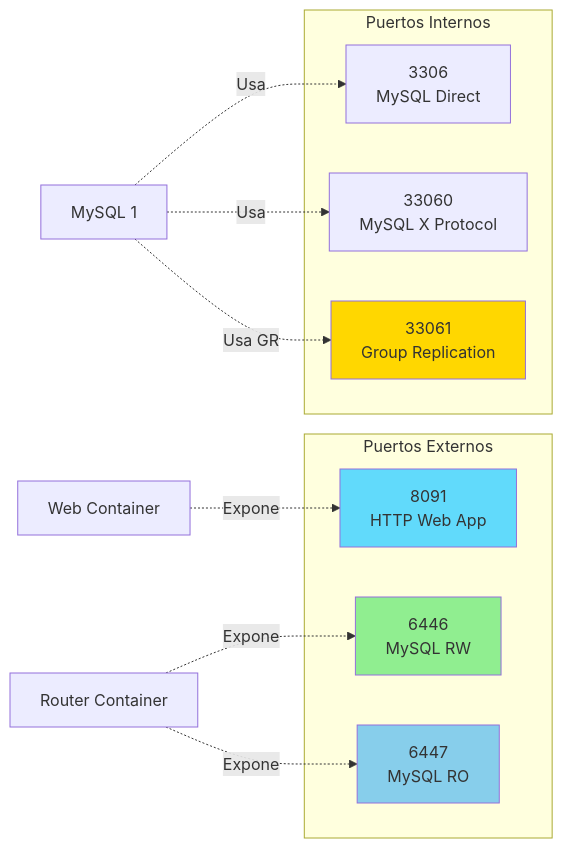
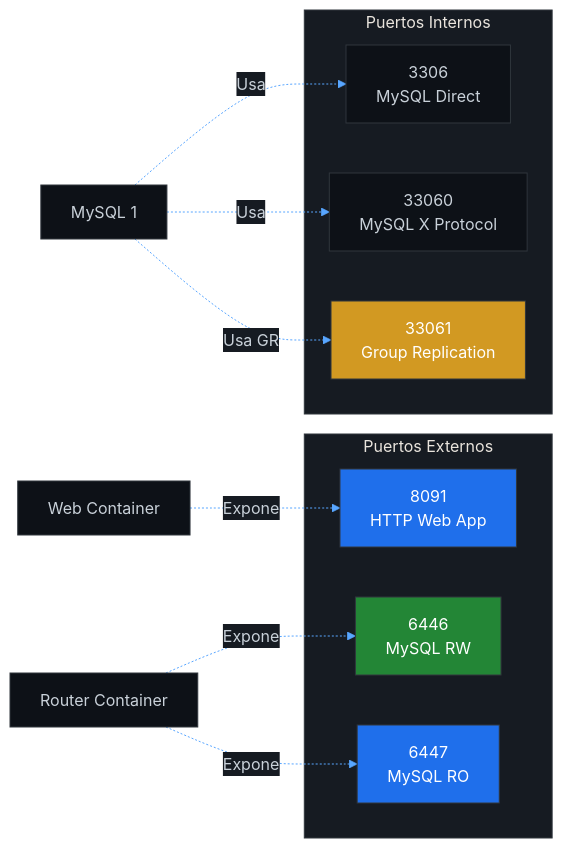
Diagram 13 of 13 in docs/ARQUITECTURA.md (JoaquinLoaizaUCSM/sistema-gestion-sobretiempos-ha), drawn with Mermaid before and after one commit. The commit also changed other lines of this file and 2 other files, not shown here.

Commit message:
Docs: Update diagrams for dark mode and refresh README

````diff
--- a/docs/ARQUITECTURA.md
+++ b/docs/ARQUITECTURA.md
@@ -565,27 +577,28 @@
 ```mermaid
+%%{init: {'theme': 'base', 'themeVariables': { 'primaryColor': '#0d1117', 'primaryTextColor': '#c9d1d9', 'primaryBorderColor': '#30363d', 'lineColor': '#58a6ff', 'secondaryColor': '#161b22', 'tertiaryColor': '#161b22', 'mainBkg': '#0d1117', 'nodeBorder': '#30363d', 'clusterBkg': '#161b22', 'clusterBorder': '#30363d', 'defaultLinkColor': '#58a6ff', 'fontFamily': 'arial', 'fontSize': '16px'}}}%%
 graph LR
     subgraph "Puertos Externos"
         P8091[8091<br/>HTTP Web App]
         P6446[6446<br/>MySQL RW]
         P6447[6447<br/>MySQL RO]
     end
     
     subgraph "Puertos Internos"
         P3306[3306<br/>MySQL Direct]
         P33060[33060<br/>MySQL X Protocol]
         P33061[33061<br/>Group Replication]
     end
     
     WEB[Web Container] -.->|Expone| P8091
     ROUTER[Router Container] -.->|Expone| P6446
     ROUTER -.->|Expone| P6447
     
     M1[MySQL 1] -.->|Usa| P3306
     M1 -.->|Usa| P33060
     M1 -.->|Usa GR| P33061
     
-    style P8091 fill:#61DAFB
-    style P6446 fill:#90EE90
-    style P6447 fill:#87CEEB
-    style P33061 fill:#FFD700
+    style P8091 fill:#1f6feb,color:#ffffff
+    style P6446 fill:#238636,color:#ffffff
+    style P6447 fill:#1f6feb,color:#ffffff
+    style P33061 fill:#d29922,color:#ffffff
 ```
````
